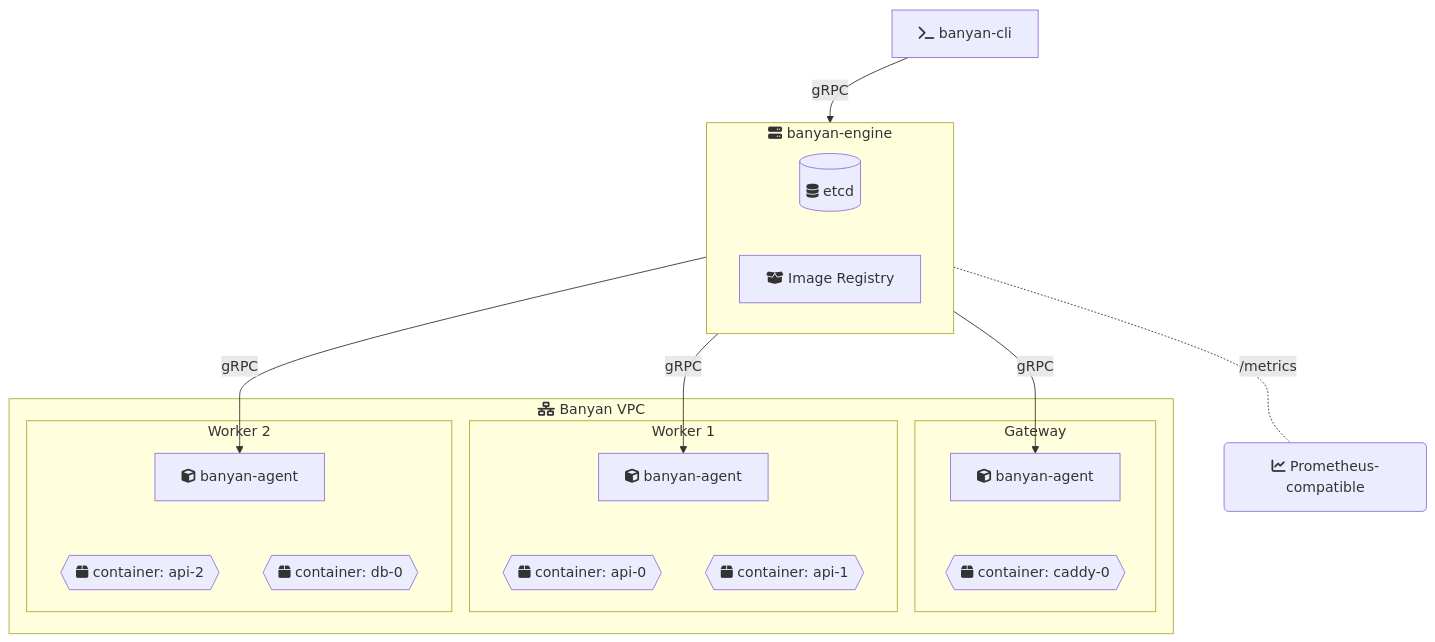
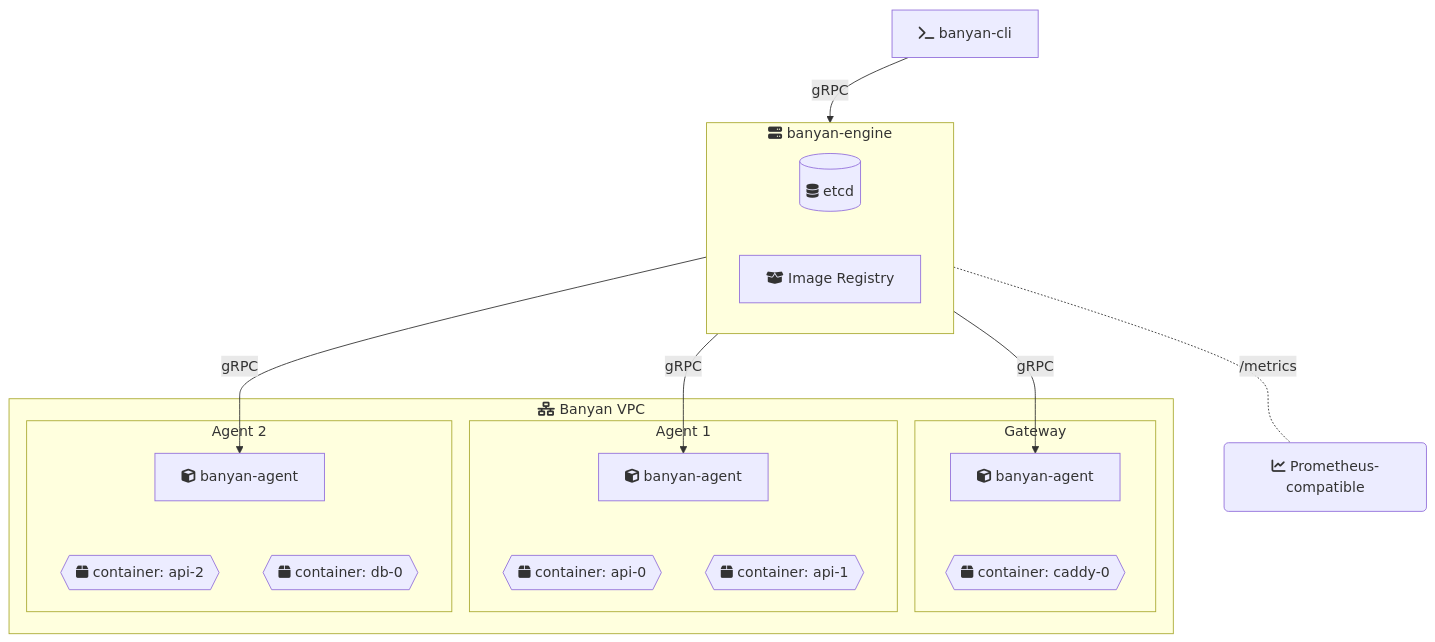
One commit to fertile-org/banyan changed the diagram in website/src/content/docs/index.mdx. Above: the diagram before and after it, drawn with Mermaid. The commit also changed other lines of this file and 15 other files, not shown here.

First line of the commit message:
Add HA guide, flow diagrams, fix docs terminology and navigation

````diff
--- a/website/src/content/docs/index.mdx
+++ b/website/src/content/docs/index.mdx
@@ -152,40 +155,40 @@
 ```mermaid
 graph TD
     CLI[fa:fa-terminal banyan-cli] -->|gRPC| Engine
 
     subgraph Engine[fa:fa-server banyan-engine]
         Store[(fa:fa-database etcd)]
         Registry[fa:fa-box-open Image Registry]
     end
 
     Engine -->|gRPC| Agent1
     Engine -->|gRPC| Agent2
     Engine -->|gRPC| AgentN
 
     subgraph VPC[fa:fa-network-wired Banyan VPC]
         subgraph G1[Gateway]
             Agent1[fa:fa-cube banyan-agent]
             C1{{fa:fa-box container: caddy-0}}
             Agent1 ~~~ C1
         end
 
-        subgraph A2[Worker 1]
+        subgraph A2[Agent 1]
             Agent2[fa:fa-cube banyan-agent]
             C2{{fa:fa-box container: api-0}}
             C3{{fa:fa-box container: api-1}}
             Agent2 ~~~ C2
             Agent2 ~~~ C3
         end
 
-        subgraph AN[Worker 2]
+        subgraph AN[Agent 2]
             AgentN[fa:fa-cube banyan-agent]
             C4{{fa:fa-box container: api-2}}
             C5{{fa:fa-box container: db-0}}
             AgentN ~~~ C4
             AgentN ~~~ C5
         end
     end
 
     CLI ~~~ Prom(fa:fa-chart-line Prometheus-compatible)
     Engine -.-|/metrics| Prom
 ```
````
